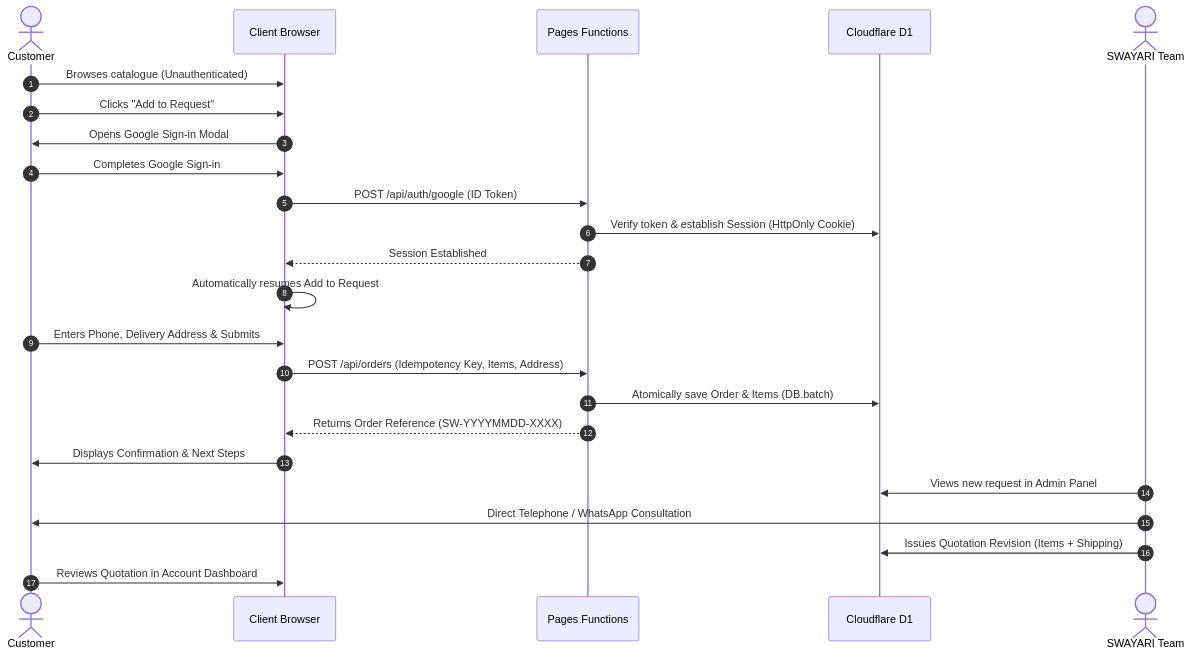
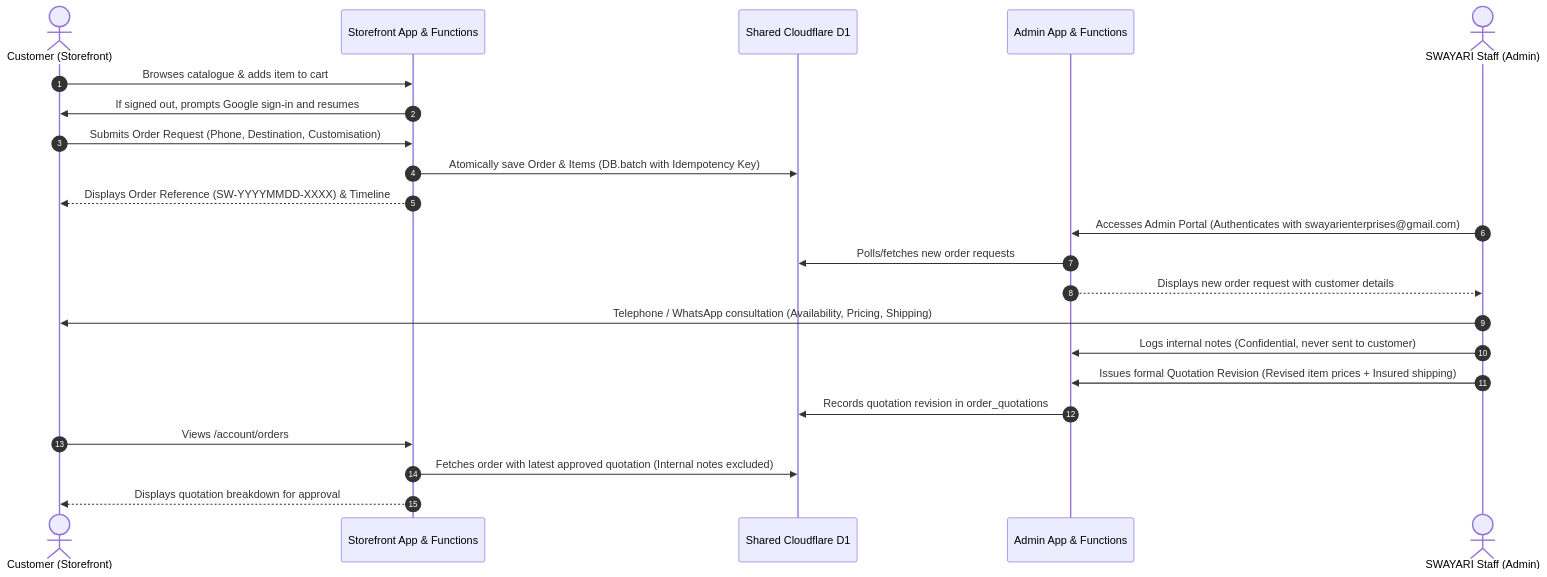
Before and after one commit to DeploymentPlatform/SWAYARI-ENTERPRISES: the second of 2 diagrams in docs/ARCHITECTURE.md, drawn with Mermaid. The commit also changed other lines of this file and 108 other files, not shown here.

````diff
--- a/docs/ARCHITECTURE.md
+++ b/docs/ARCHITECTURE.md
@@ -36,27 +76,28 @@
 ```mermaid
 sequenceDiagram
     autonumber
-    actor Customer
-    participant Browser as Client Browser
-    participant API as Pages Functions
-    participant D1 as Cloudflare D1
-    actor Team as SWAYARI Team
+    actor Customer as Customer (Storefront)
+    participant Storefront as Storefront App & Functions
+    participant D1 as Shared Cloudflare D1
+    participant Admin as Admin App & Functions
+    actor Staff as SWAYARI Staff (Admin)
 
-    Customer->>Browser: Browses catalogue (Unauthenticated)
-    Customer->>Browser: Clicks "Add to Request"
-    Browser->>Customer: Opens Google Sign-in Modal
-    Customer->>Browser: Completes Google Sign-in
-    Browser->>API: POST /api/auth/google (ID Token)
-    API->>D1: Verify token & establish Session (HttpOnly Cookie)
-    API-->>Browser: Session Established
-    Browser->>Browser: Automatically resumes Add to Request
-    Customer->>Browser: Enters Phone, Delivery Address & Submits
-    Browser->>API: POST /api/orders (Idempotency Key, Items, Address)
-    API->>D1: Atomically save Order & Items (DB.batch)
-    API-->>Browser: Returns Order Reference (SW-YYYYMMDD-XXXX)
-    Browser->>Customer: Displays Confirmation & Next Steps
-    Team->>D1: Views new request in Admin Panel
-    Team->>Customer: Direct Telephone / WhatsApp Consultation
-    Team->>D1: Issues Quotation Revision (Items + Shipping)
-    Customer->>Browser: Reviews Quotation in Account Dashboard
+    Customer->>Storefront: Browses catalogue & adds item to cart
+    Storefront->>Customer: If signed out, prompts Google sign-in and resumes
+    Customer->>Storefront: Submits Order Request (Phone, Destination, Customisation)
+    Storefront->>D1: Atomically save Order & Items (DB.batch with Idempotency Key)
+    Storefront-->>Customer: Displays Order Reference (SW-YYYYMMDD-XXXX) & Timeline
+    
+    Staff->>Admin: Accesses Admin Portal (Authenticates with swayarienterprises@gmail.com)
+    Admin->>D1: Polls/fetches new order requests
+    Admin-->>Staff: Displays new order request with customer details
+    
+    Staff->>Customer: Telephone / WhatsApp consultation (Availability, Pricing, Shipping)
+    Staff->>Admin: Logs internal notes (Confidential, never sent to customer)
+    Staff->>Admin: Issues formal Quotation Revision (Revised item prices + Insured shipping)
+    Admin->>D1: Records quotation revision in order_quotations
+    
+    Customer->>Storefront: Views /account/orders
+    Storefront->>D1: Fetches order with latest approved quotation (Internal notes excluded)
+    Storefront-->>Customer: Displays quotation breakdown for approval
 ```
````
